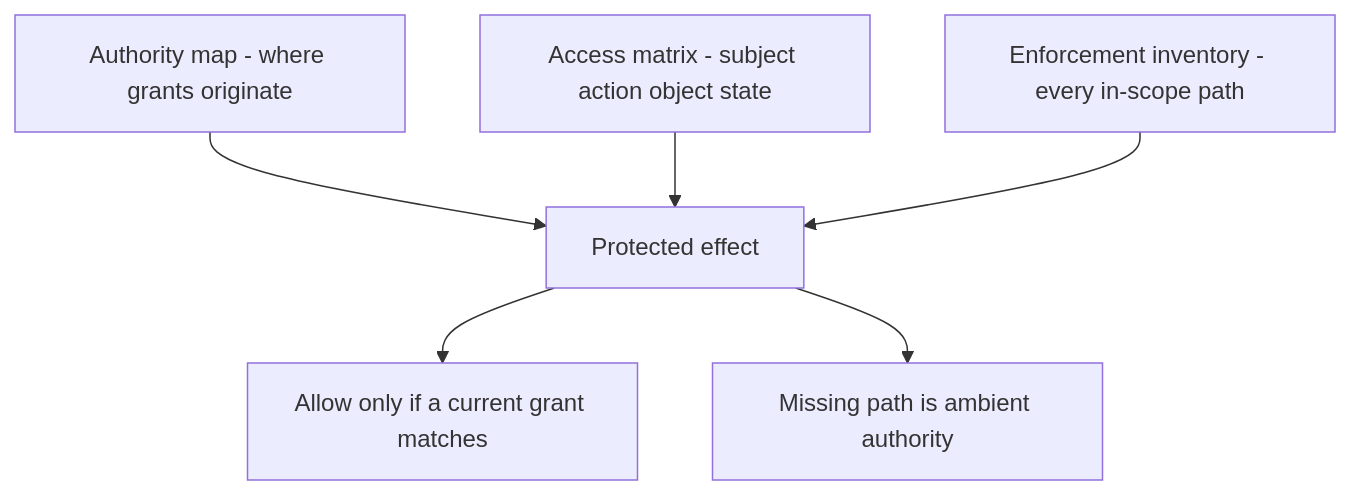
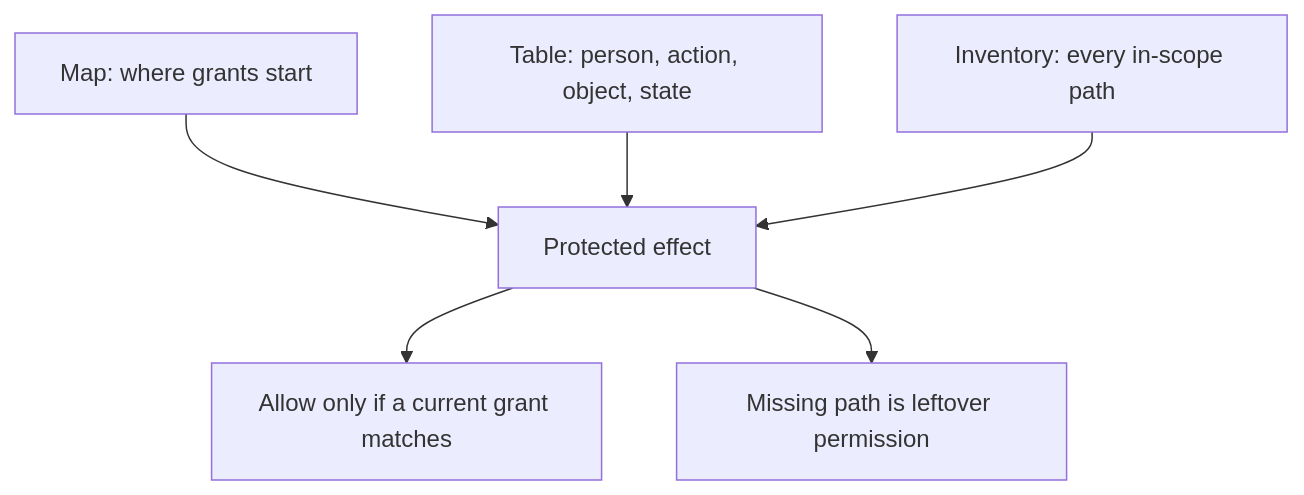
One commit to ishitvagoel/LearnSecurity changed the diagram in content/modules/1/1.2/lessons/02-model.md. Above: the diagram before and after it, drawn with Mermaid. The commit also changed other lines of this file and 7 other files, not shown here.

````diff
--- a/content/modules/1/1.2/lessons/02-model.md
+++ b/content/modules/1/1.2/lessons/02-model.md
@@ -21,8 +20,8 @@
 ```mermaid
 flowchart TD
-  Map["Authority map - where grants originate"] --> Effect[Protected effect]
-  Matrix["Access matrix - subject action object state"] --> Effect
-  Inv["Enforcement inventory - every in-scope path"] --> Effect
+  Map["Map: where grants start"] --> Effect[Protected effect]
+  Matrix["Table: person, action, object, state"] --> Effect
+  Inv["Inventory: every in-scope path"] --> Effect
   Effect --> Allow[Allow only if a current grant matches]
-  Effect --> Hole["Missing path is ambient authority"]
+  Effect --> Hole["Missing path is leftover permission"]
 ```
````
